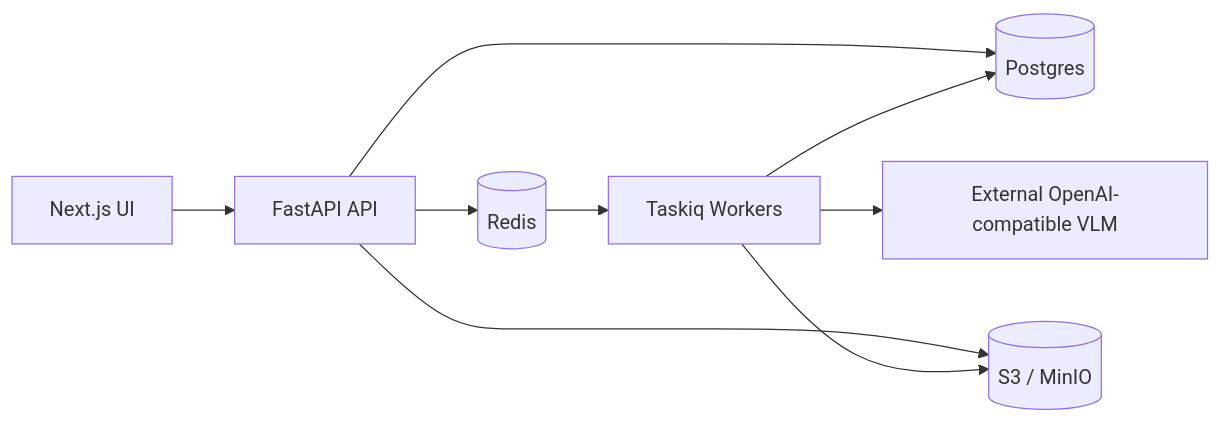
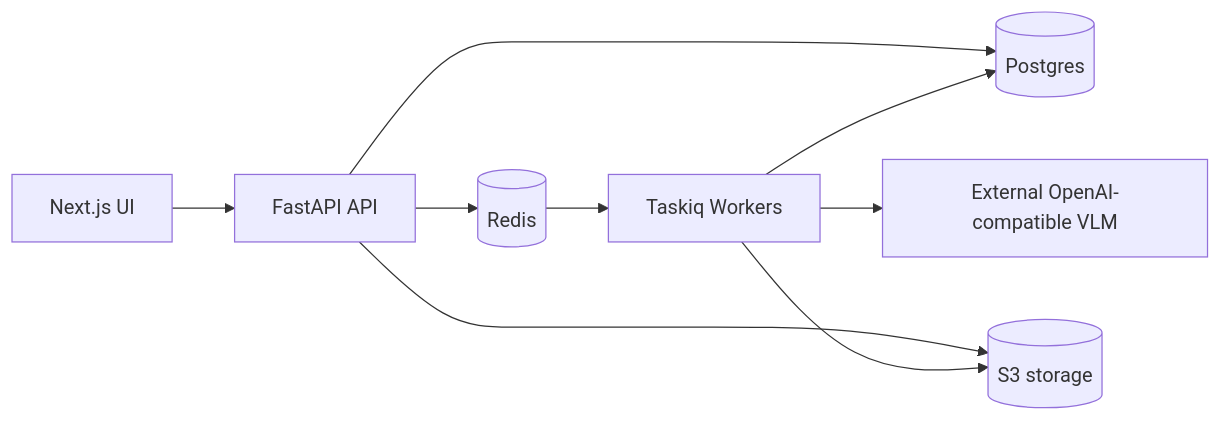
Before and after one commit to MehdiGououiad/repody: the diagram in README.md, drawn with Mermaid. The commit also changed other lines of this file and 307 other files, not shown here.

````diff
--- a/README.md
+++ b/README.md
@@ -12,11 +12,11 @@
 ```mermaid
 flowchart LR
   Web[Next.js UI] --> API[FastAPI API]
   API --> PG[(Postgres)]
   API --> RD[(Redis)]
-  API --> S3[(S3 / MinIO)]
+  API --> S3[(S3 storage)]
   RD --> W[Taskiq Workers]
   W --> VLM[External OpenAI-compatible VLM]
   W --> S3
   W --> PG
 ```
````
